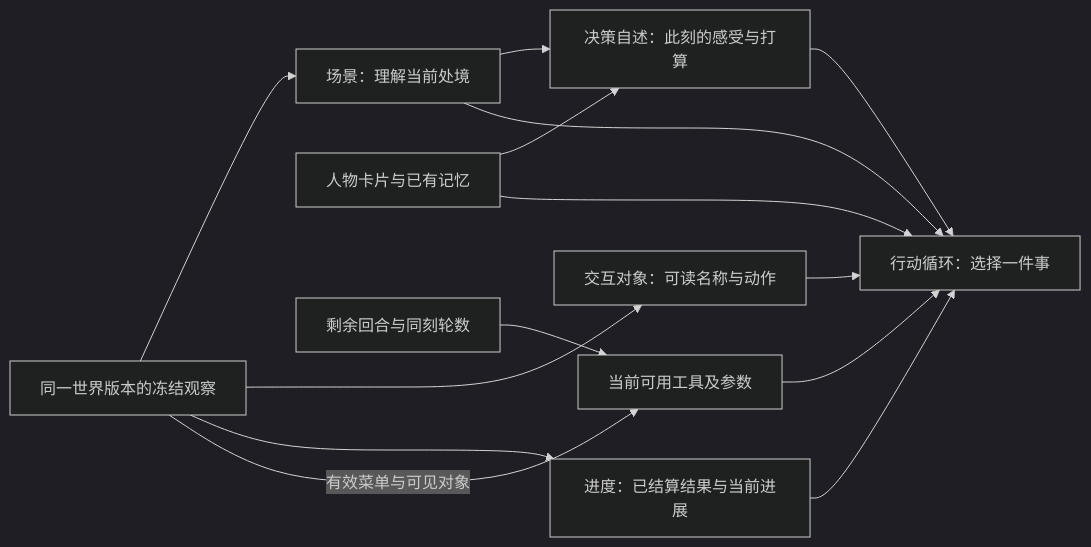
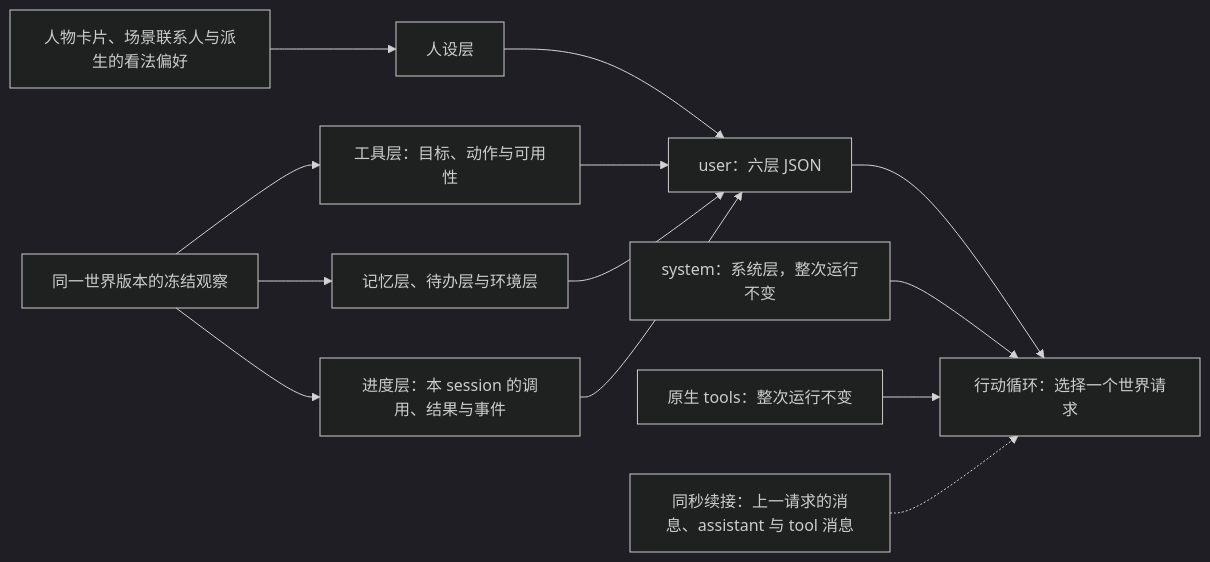
Before and after one commit to HoldThatThgt/WorldMock: the third of 9 diagrams in docs/design/04-simulation-engine.md, drawn with Mermaid (dark theme). The commit also changed other lines of this file and 11 other files, not shown here.

````diff
--- a/docs/design/04-simulation-engine.md
+++ b/docs/design/04-simulation-engine.md
@@ -190,12 +195,12 @@
 ```mermaid
 flowchart LR
-    W[同一世界版本的冻结观察] --> S[场景：理解当前处境]
-    W --> F[交互对象：可读名称与动作]
-    W --> G[进度：已结算结果与当前进展]
-    C[人物卡片与已有记忆] --> D[决策自述：此刻的感受与打算]
-    S --> D
-    C & S & F & G & D --> A[行动循环：选择一件事]
-    W -->|有效菜单与可见对象| T[当前可用工具及参数]
-    P[剩余回合与同刻轮数] --> T
-    T --> A
+    W[同一世界版本的冻结观察] --> T[工具层：目标、动作与可用性]
+    W --> L[记忆层、待办层与环境层]
+    W --> G[进度层：本 session 的调用、结果与事件]
+    C[人物卡片、场景联系人与派生的看法偏好] --> P[人设层]
+    T & P & L & G --> U[user：六层 JSON]
+    SYS[system：系统层，整次运行不变] --> A[行动循环：选择一个世界请求]
+    U --> A
+    NT[原生 tools：整次运行不变] --> A
+    K[同秒续接：上一请求的消息、assistant 与 tool 消息] -.-> A
 ```
````
